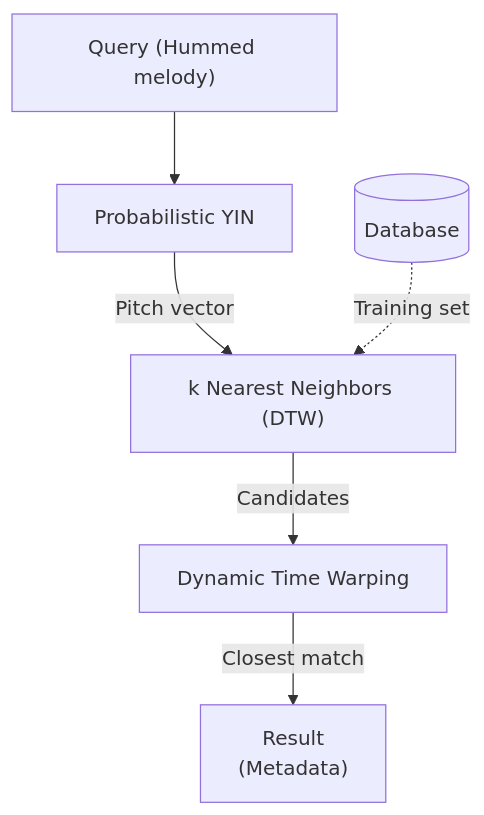
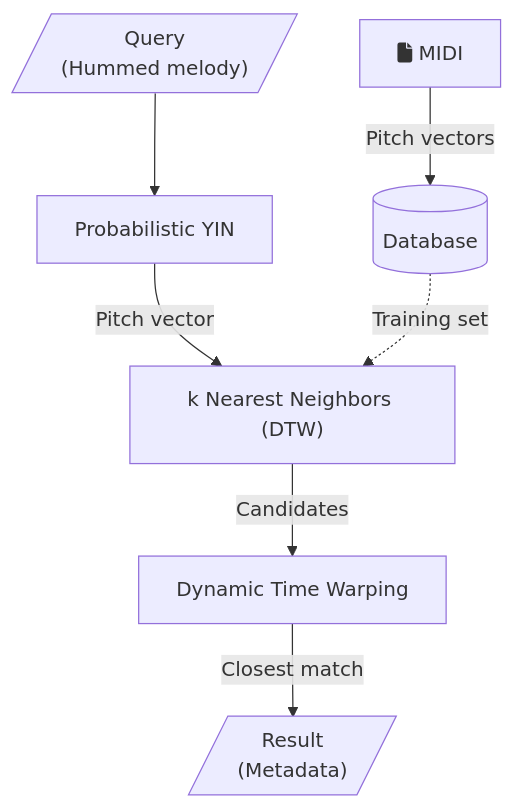
One commit to vivekvjyn/strawberry-fields changed the diagram in README.md. Above: the diagram before and after it, drawn with Mermaid. The commit also changed other lines of this file, not shown here.

````diff
--- a/README.md
+++ b/README.md
@@ -68,8 +68,10 @@
 ```mermaid
-graph TD;
-    A["Query (Hummed melody)"] --> B["Probabilistic YIN"];
-    B -->|Pitch vector| C["k Nearest Neighbors (DTW)"];
-    C -->|Candidates| D["Dynamic Time Warping"];
-    D -->|Closest match| E["Result\n(Metadata)"];
-    F[("Database")] -.->|Training set| C
+flowchart TB;
+   A[/"Query\n(Hummed melody)"/] --> B["Probabilistic YIN"];
+   B -->|Pitch vector| C["k Nearest Neighbors (DTW)"];
+   C -->|Candidates| D["Dynamic Time Warping"];
+   D -->|Closest match| E[/"Result\n(Metadata)"/];
+   G[("Database")] -.->|Training set| C
+   F["fa:fa-file MIDI"] -->|Pitch vectors| G
+    
 ```
````
